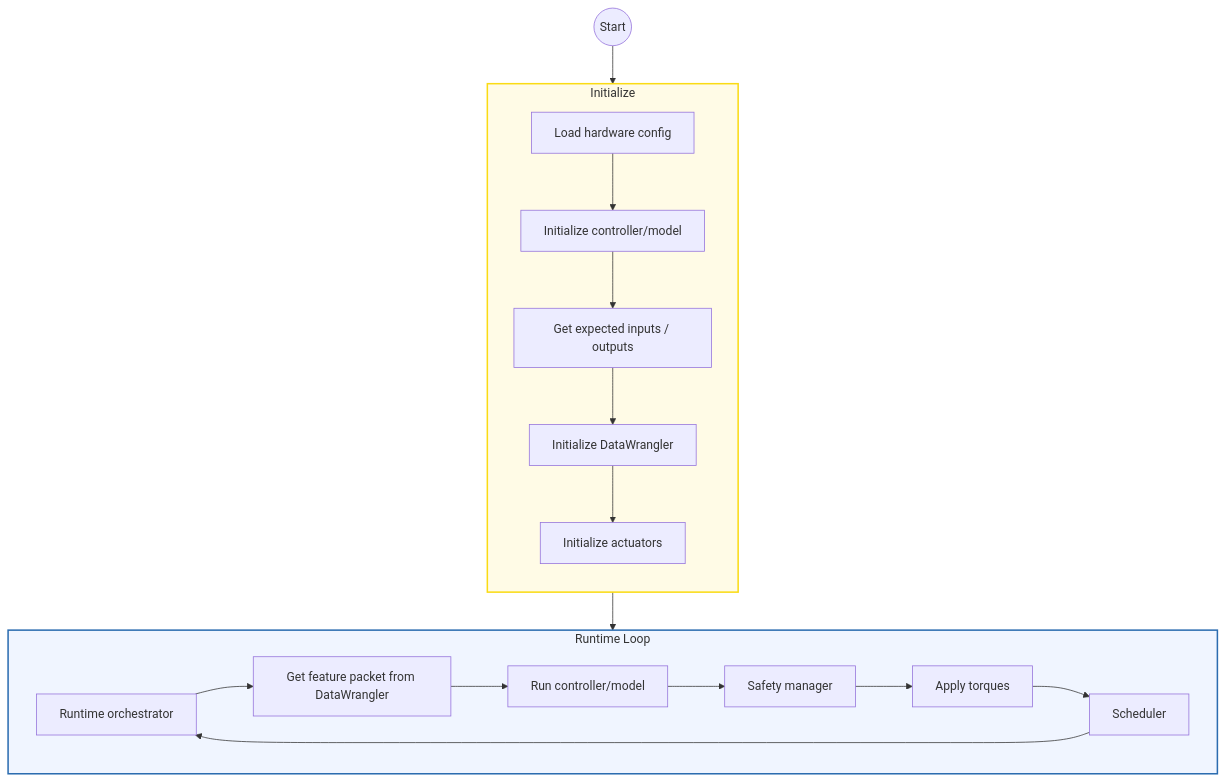
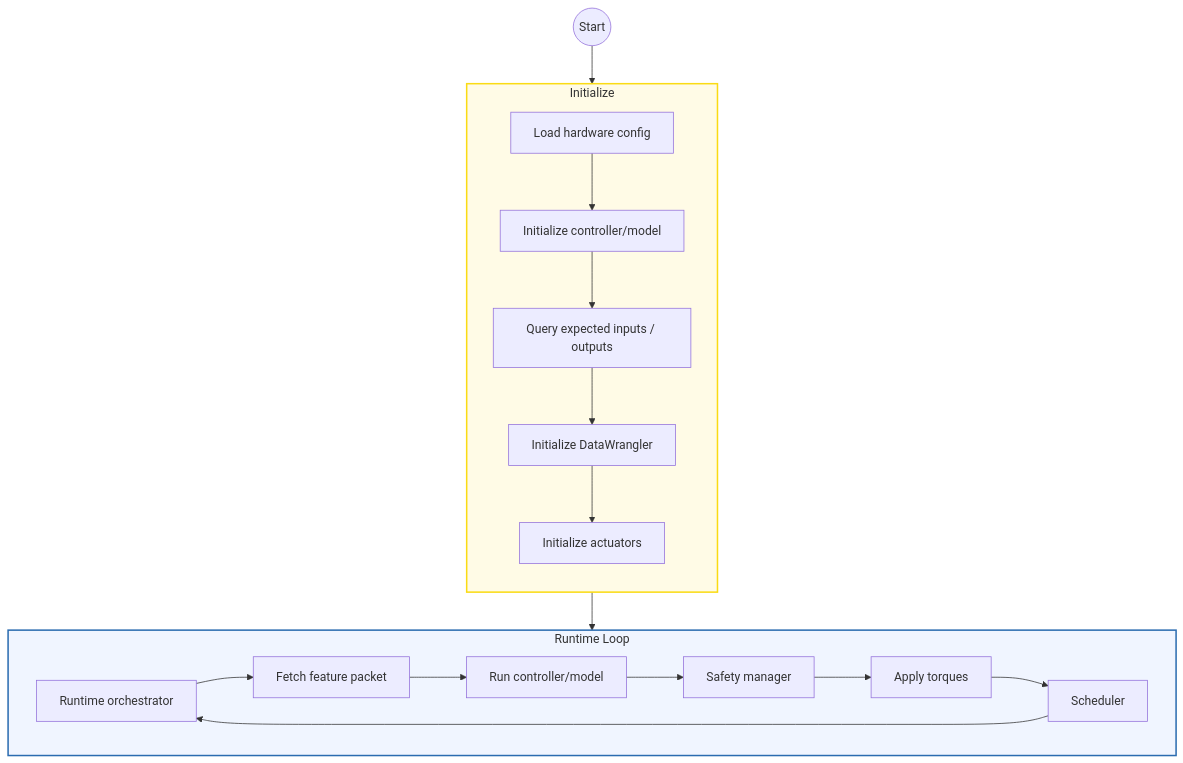
One commit to jmontp/raspberry-pi-controller-runtime changed the first of 6 diagrams in docs/architecture.md. Above: the diagram before and after it, drawn with Mermaid. The commit also changed other lines of this file, not shown here.

Commit message:
docs: reorganize architecture flow diagrams

````diff
--- a/docs/architecture.md
+++ b/docs/architecture.md
@@ -57,24 +22,25 @@
 ```mermaid
 flowchart TD
-    start((Start)) --> I0[Load hardware config]
-    subgraph Init [Initialize]
+    start((Start)) --> I0["Load hardware config"]
+    subgraph Init ["Initialize"]
         direction TB
-        I0 --> I1[Initialize controller/model]
-        I1 --> I2[Get expected inputs / outputs]
-        I2 --> I3[Initialize DataWrangler]
-        I3 --> I4[Initialize actuators]
+        I0 --> I1["Initialize controller/model"]
+        I1 --> I2["Query expected inputs / outputs"]
+        I2 --> I3["Initialize DataWrangler"]
+        I3 --> I4["Initialize actuators"]
     end
     style Init fill:#fffbe6,stroke:#fadb14,stroke-width:2px
 
-    subgraph RuntimeLoop [Runtime Loop]
+    subgraph RuntimeLoop ["Runtime Loop"]
         direction LR
-        R0[Runtime orchestrator] --> R1[Get feature packet from DataWrangler]
-        R1 --> R2[Run controller/model]
-        R2 --> R3[Safety manager]
-        R3 --> R4[Apply torques]
-        R4 --> T[Scheduler]
+        R0["Runtime orchestrator"] --> R1["Fetch feature packet"]
+        R1 --> R2["Run controller/model"]
+        R2 --> R3["Safety manager"]
+        R3 --> R4["Apply torques"]
+        R4 --> T["Scheduler"]
         T --> R0
     end
+    style RuntimeLoop fill:#f0f5ff,stroke:#2b6cb0,stroke-width:2px
+
     I4 --> R0
-    style RuntimeLoop fill:#f0f5ff,stroke:#2b6cb0,stroke-width:2px
 ```
````
